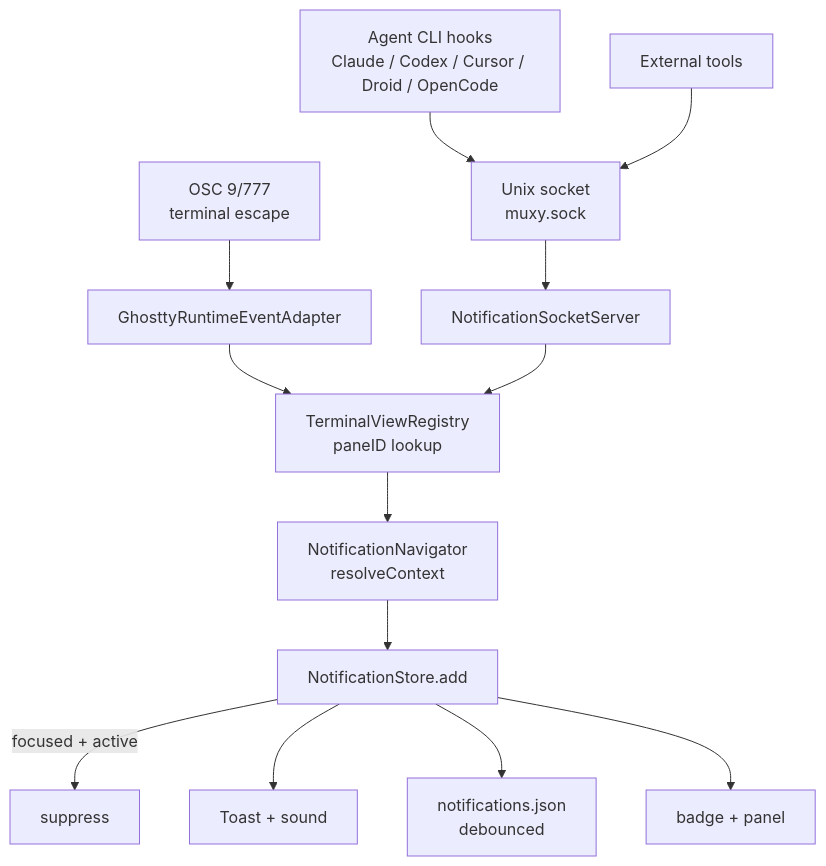
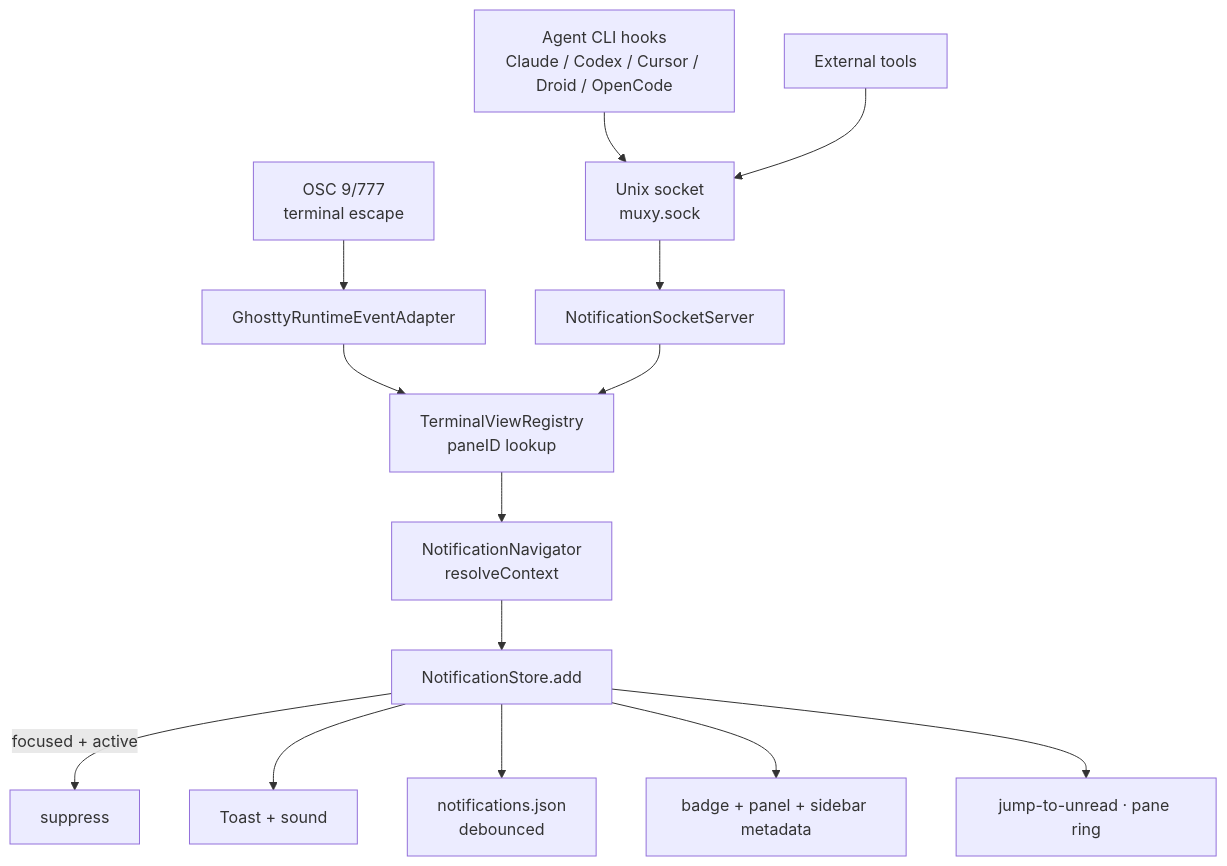
One commit to dot-RealityTest/jade changed the diagram in docs/developer/architecture/notifications.md. Above: the diagram before and after it, drawn with Mermaid. The commit also changed other lines of this file and 17 other files, not shown here.

````diff
--- a/docs/developer/architecture/notifications.md
+++ b/docs/developer/architecture/notifications.md
@@ -7,15 +7,16 @@
 ```mermaid
 flowchart TB
   OSC[OSC 9/777<br/>terminal escape] --> Adapter[GhosttyRuntimeEventAdapter]
   Claude[Agent CLI hooks<br/>Claude / Codex / Cursor / Droid / OpenCode] --> Sock[Unix socket<br/>muxy.sock]
   External[External tools] --> Sock
   Sock --> Server[NotificationSocketServer]
   Adapter --> Lookup[TerminalViewRegistry<br/>paneID lookup]
   Server --> Lookup
   Lookup --> Nav[NotificationNavigator<br/>resolveContext]
   Nav --> Store[NotificationStore.add]
   Store -->|focused + active| Drop[suppress]
   Store --> Toast[Toast + sound]
   Store --> Persist[notifications.json<br/>debounced]
-  Store --> UI[badge + panel]
+  Store --> UI[badge + panel + sidebar metadata]
+  Store --> Attention[jump-to-unread · pane ring]
 ```
````
